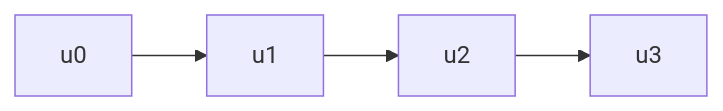
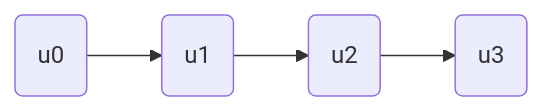
One commit to ruslylove/datastruct changed the sixth of 25 diagrams in lectures/lect-16-Graph.md. Above: the diagram before and after it, drawn with Mermaid. The commit also changed other lines of this file and 2 other files, not shown here.

````diff
--- a/lectures/lect-16-Graph.md
+++ b/lectures/lect-16-Graph.md
@@ -160,4 +160,4 @@
 ```mermaid
 graph LR
-        u0 --> u1 --> u2 --> u3
+        u0(u0) --> u1(u1) --> u2(u2) --> u3(u3)
 ```
````
